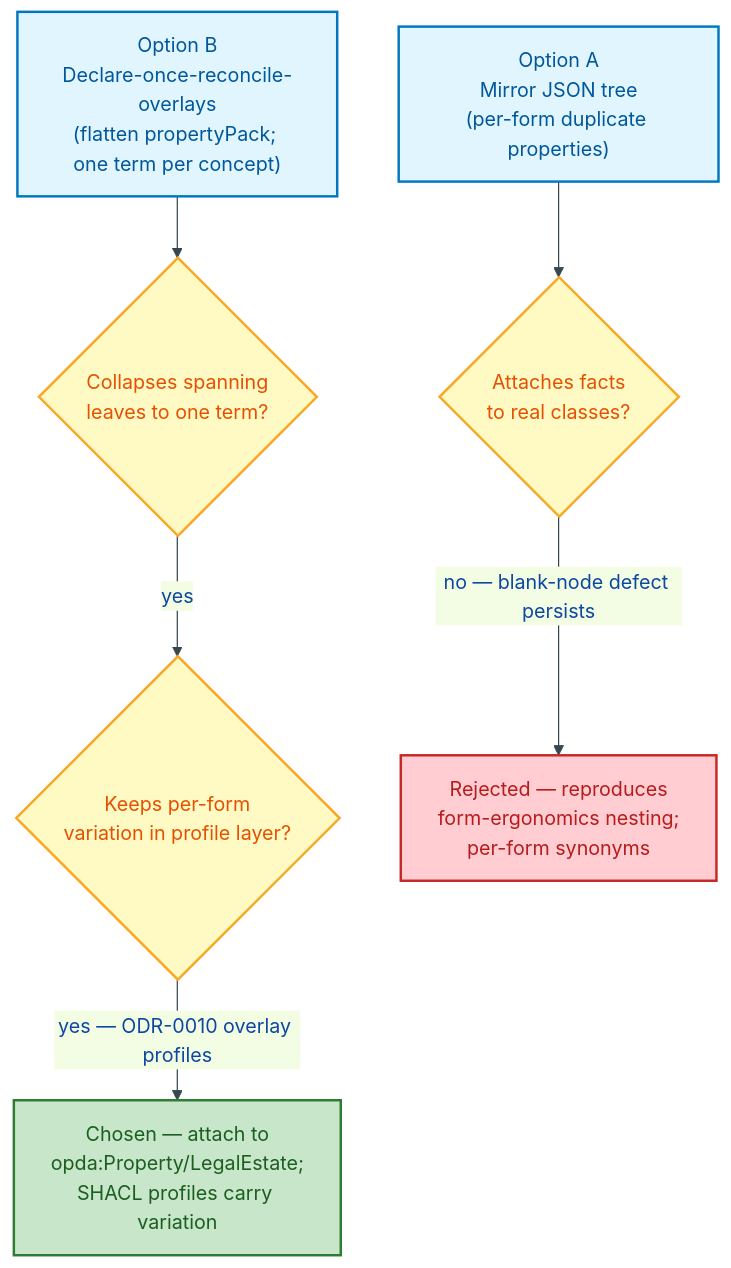
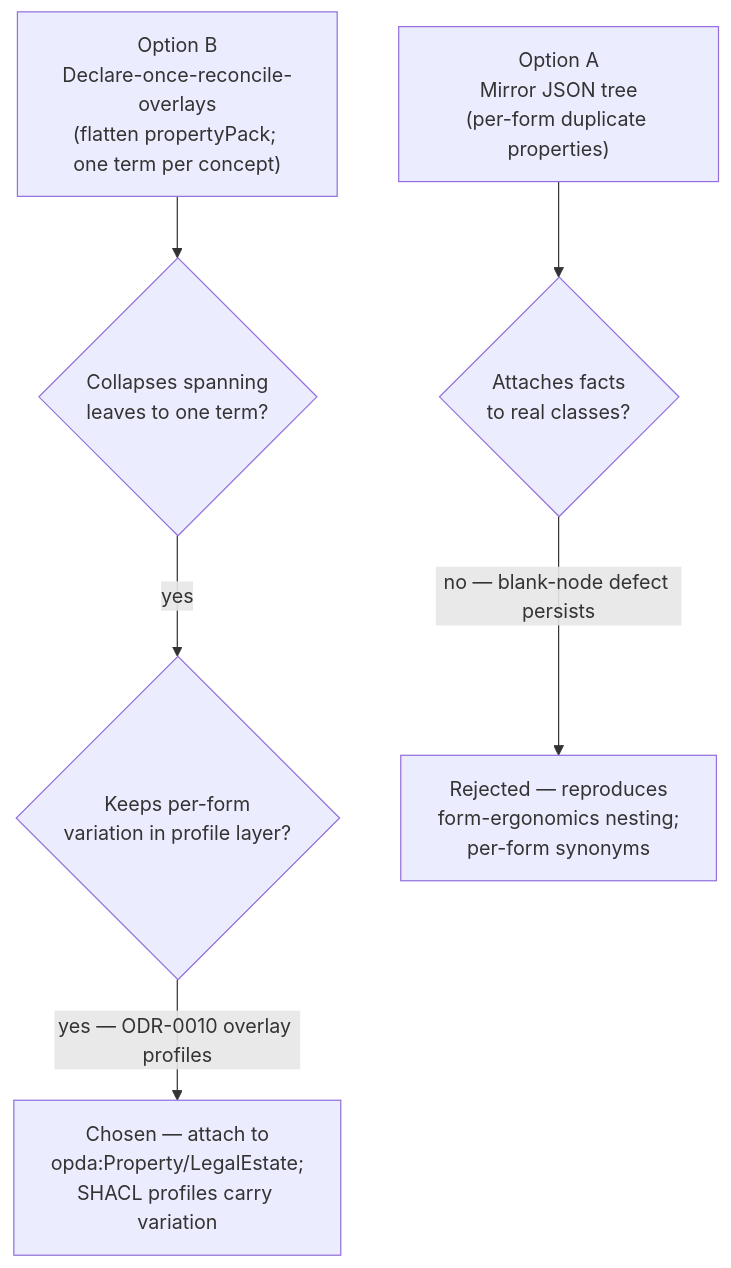
The second of 3 diagrams in docs/ontology/odr/ODR-0008-property-descriptive-attributes.md (sparkling/opda), drawn with Mermaid before and after one commit. The commit also changed other lines of this file and 25 other files, not shown here.

````diff
--- a/docs/ontology/odr/ODR-0008-property-descriptive-attributes.md
+++ b/docs/ontology/odr/ODR-0008-property-descriptive-attributes.md
@@ -161,24 +160,19 @@
 ```mermaid
-%%{init:{"theme":"base","themeVariables":{"primaryColor":"#E3F2FD","primaryTextColor":"#0D47A1","primaryBorderColor":"#1565C0","lineColor":"#37474F"}}}%%
 flowchart TD
     accTitle: Decision — declare-once-reconcile vs mirror-JSON-tree
     accDescr: Shows the two candidate options and why mirror-the-JSON-tree was rejected while declare-once-reconcile was chosen.
-    classDef process fill:#E1F5FE,stroke:#0277BD,stroke-width:2px,color:#01579B
-    classDef decision fill:#FFF9C4,stroke:#F9A825,stroke-width:2px,color:#E65100
-    classDef output fill:#C8E6C9,stroke:#2E7D32,stroke-width:2px,color:#1B5E20
-    classDef rejected fill:#FFCDD2,stroke:#C62828,stroke-width:2px,color:#B71C1C
 
     A["Option A<br/>Mirror JSON tree<br/>(per-form duplicate properties)"]:::process
     B["Option B<br/>Declare-once-reconcile-overlays<br/>(flatten propertyPack; one term per concept)"]:::process
-    D1{"Attaches facts<br/>to real classes?"}:::decision
-    D2{"Collapses spanning<br/>leaves to one term?"}:::decision
-    D3{"Keeps per-form<br/>variation in profile layer?"}:::decision
-    R["Rejected — reproduces<br/>form-ergonomics nesting;<br/>per-form synonyms"]:::rejected
-    C["Chosen — attach to<br/>opda:Property/LegalEstate;<br/>SHACL profiles carry variation"]:::output
+    D1{"Attaches facts<br/>to real classes?"}:::warning
+    D2{"Collapses spanning<br/>leaves to one term?"}:::warning
+    D3{"Keeps per-form<br/>variation in profile layer?"}:::warning
+    R["Rejected — reproduces<br/>form-ergonomics nesting;<br/>per-form synonyms"]:::error
+    C["Chosen — attach to<br/>opda:Property/LegalEstate;<br/>SHACL profiles carry variation"]:::success
 
     A --> D1
     D1 -->|"no — blank-node defect persists"| R
     B --> D2
     D2 -->|"yes"| D3
     D3 -->|"yes — ODR-0010 overlay profiles"| C
 ```
````
